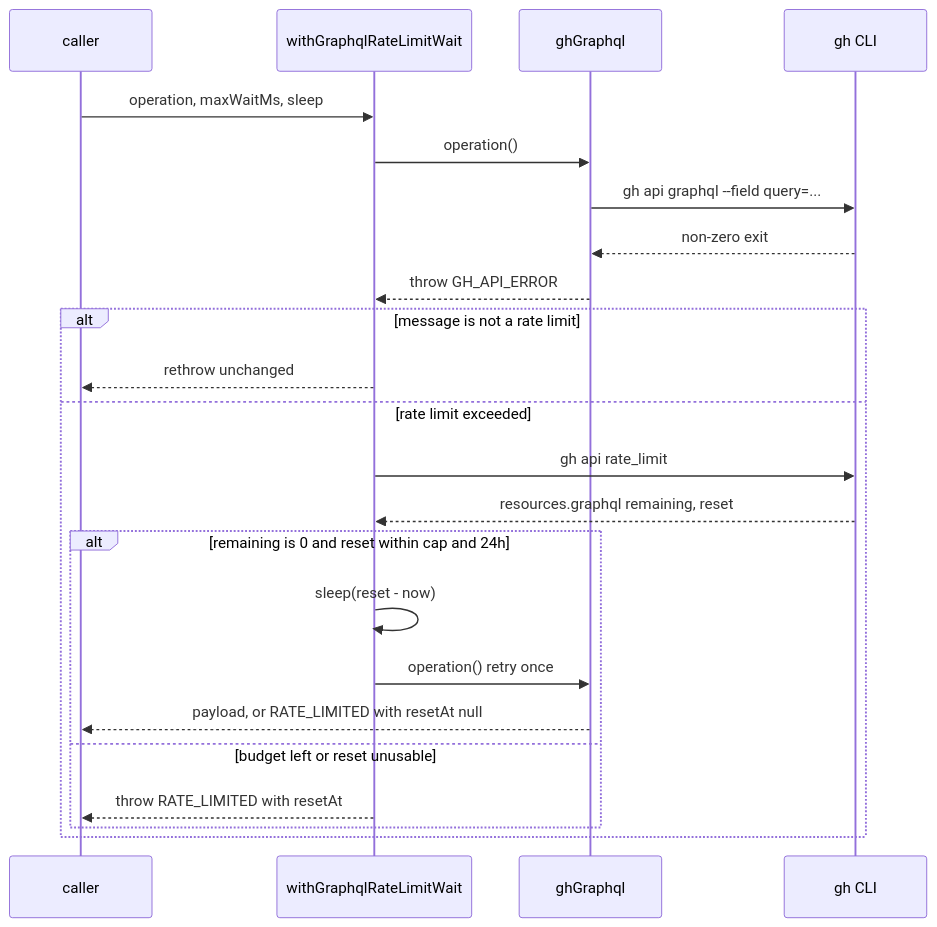
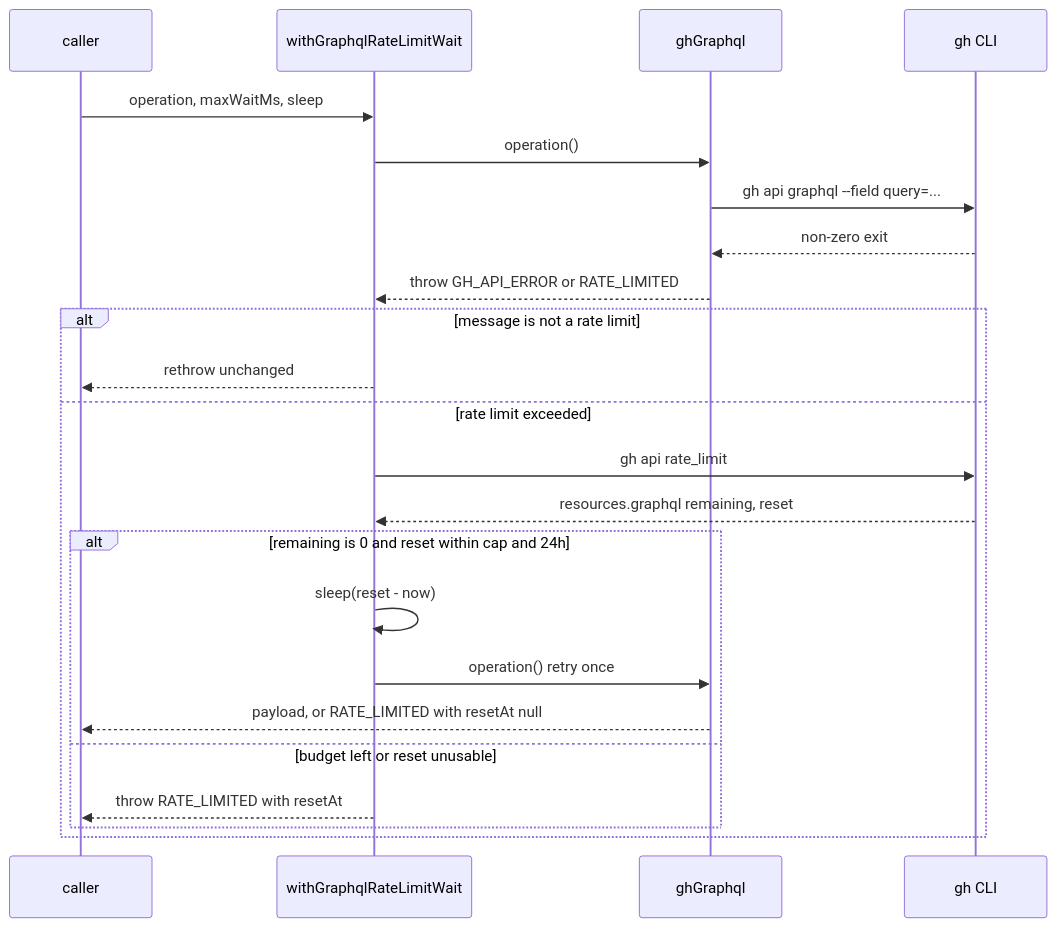
One commit to mfittko/dev-loops changed the fifth of 16 diagrams in docs/atlas/06-integrations.md. Above: the diagram before and after it, drawn with Mermaid. The commit also changed other lines of this file, not shown here.

````diff
--- a/docs/atlas/06-integrations.md
+++ b/docs/atlas/06-integrations.md
@@ -177,25 +177,25 @@
 ```mermaid
 sequenceDiagram
   participant C as caller
   participant W as withGraphqlRateLimitWait
   participant G as ghGraphql
   participant GH as gh CLI
   C->>W: operation, maxWaitMs, sleep
   W->>G: operation()
   G->>GH: gh api graphql --field query=...
   GH-->>G: non-zero exit
-  G-->>W: throw GH_API_ERROR
+  G-->>W: throw GH_API_ERROR or RATE_LIMITED
   alt message is not a rate limit
     W-->>C: rethrow unchanged
   else rate limit exceeded
     W->>GH: gh api rate_limit
     GH-->>W: resources.graphql remaining, reset
     alt remaining is 0 and reset within cap and 24h
       W->>W: sleep(reset - now)
       W->>G: operation() retry once
       G-->>C: payload, or RATE_LIMITED with resetAt null
     else budget left or reset unusable
       W-->>C: throw RATE_LIMITED with resetAt
     end
   end
 ```
````
